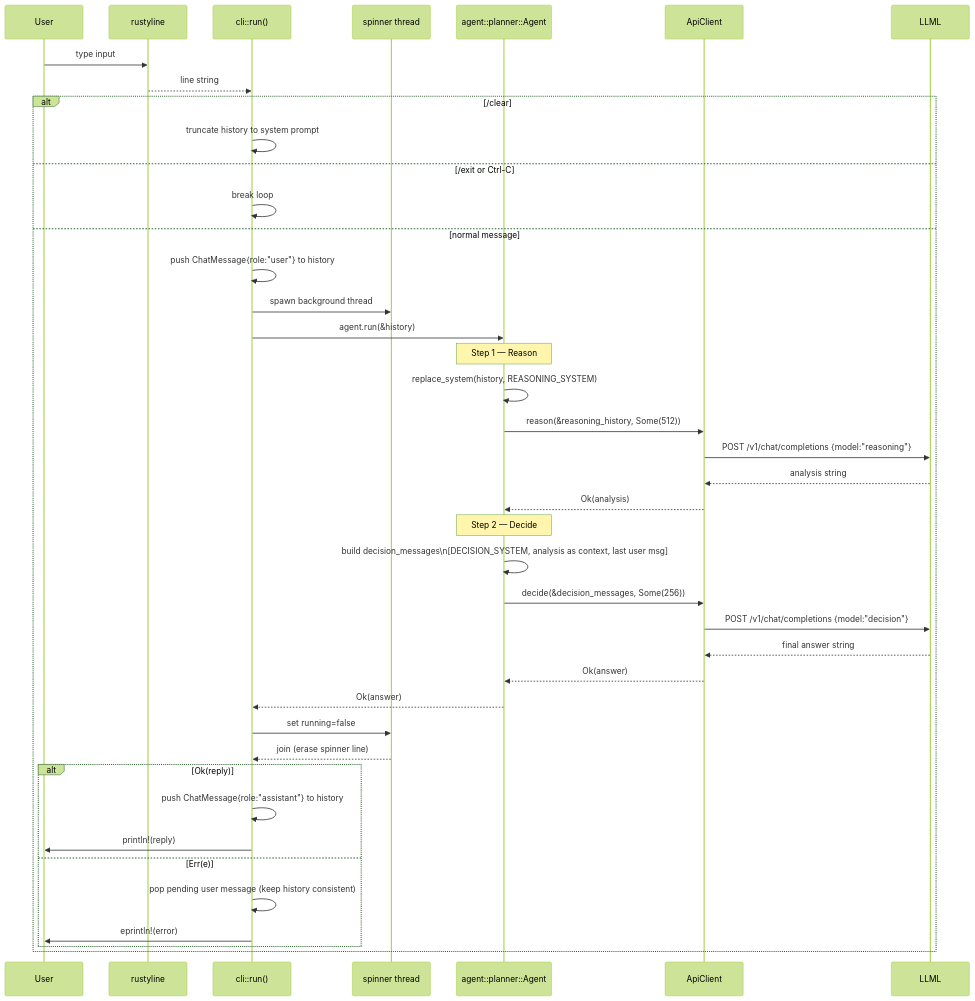
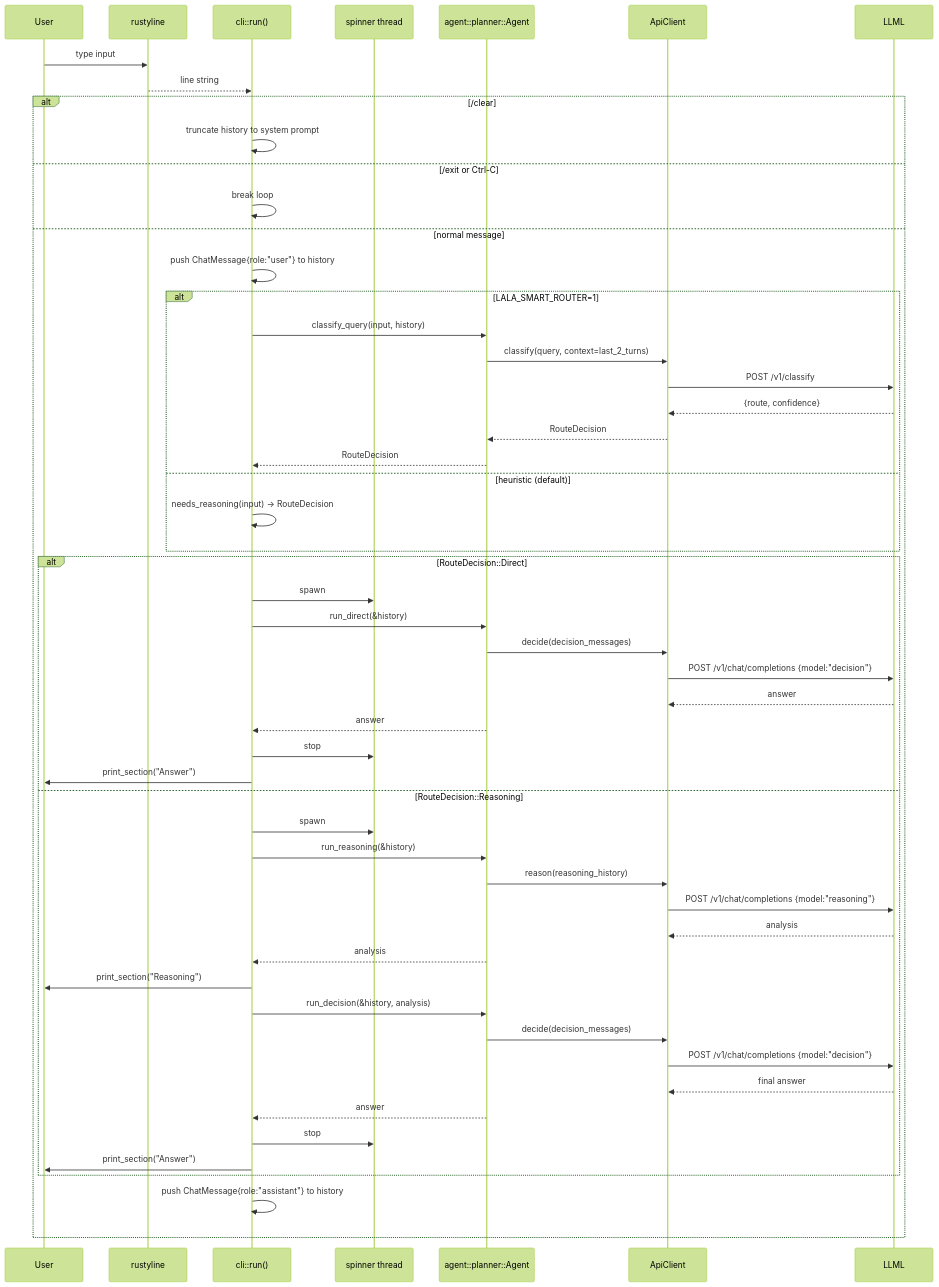
The second of 8 diagrams in doc/architecture.md (dipghoshraj/lala), drawn with Mermaid (forest theme) before and after one commit. The commit also changed other lines of this file and 4 other files, not shown here.

````diff
--- a/doc/architecture.md
+++ b/doc/architecture.md
@@ -111,48 +129,60 @@
 ```mermaid
 sequenceDiagram
     participant User
     participant rustyline
     participant cli as cli::run()
     participant spinner as spinner thread
     participant Agent as agent::planner::Agent
     participant ApiClient
 
     User->>rustyline: type input
     rustyline-->>cli: line string
 
     alt /clear
         cli->>cli: truncate history to system prompt
     else /exit or Ctrl-C
         cli->>cli: break loop
     else normal message
         cli->>cli: push ChatMessage{role:"user"} to history
-        cli->>spinner: spawn background thread
-        cli->>Agent: agent.run(&history)
 
-        note over Agent: Step 1 — Reason
-        Agent->>Agent: replace_system(history, REASONING_SYSTEM)
-        Agent->>ApiClient: reason(&reasoning_history, Some(512))
-        ApiClient->>LLML: POST /v1/chat/completions {model:"reasoning"}
-        LLML-->>ApiClient: analysis string
-        ApiClient-->>Agent: Ok(analysis)
+        alt LALA_SMART_ROUTER=1
+            cli->>Agent: classify_query(input, history)
+            Agent->>ApiClient: classify(query, context=last_2_turns)
+            ApiClient->>LLML: POST /v1/classify
+            LLML-->>ApiClient: {route, confidence}
+            ApiClient-->>Agent: RouteDecision
+            Agent-->>cli: RouteDecision
+        else heuristic (default)
+            cli->>cli: needs_reasoning(input) → RouteDecision
+        end
 
-        note over Agent: Step 2 — Decide
-        Agent->>Agent: build decision_messages\n[DECISION_SYSTEM, analysis as context, last user msg]
-        Agent->>ApiClient: decide(&decision_messages, Some(256))
-        ApiClient->>LLML: POST /v1/chat/completions {model:"decision"}
-        LLML-->>ApiClient: final answer string
-        ApiClient-->>Agent: Ok(answer)
-        Agent-->>cli: Ok(answer)
+        alt RouteDecision::Direct
+            cli->>spinner: spawn
+            cli->>Agent: run_direct(&history)
+            Agent->>ApiClient: decide(decision_messages)
+            ApiClient->>LLML: POST /v1/chat/completions {model:"decision"}
+            LLML-->>ApiClient: answer
+            Agent-->>cli: answer
+            cli->>spinner: stop
+            cli->>User: print_section("Answer")
+        else RouteDecision::Reasoning
+            cli->>spinner: spawn
+            cli->>Agent: run_reasoning(&history)
+            Agent->>ApiClient: reason(reasoning_history)
+            ApiClient->>LLML: POST /v1/chat/completions {model:"reasoning"}
+            LLML-->>ApiClient: analysis
+            Agent-->>cli: analysis
+            cli->>User: print_section("Reasoning")
 
-        cli->>spinner: set running=false
-        spinner-->>cli: join (erase spinner line)
+            cli->>Agent: run_decision(&history, analysis)
+            Agent->>ApiClient: decide(decision_messages)
+            ApiClient->>LLML: POST /v1/chat/completions {model:"decision"}
+            LLML-->>ApiClient: final answer
+            Agent-->>cli: answer
+            cli->>spinner: stop
+            cli->>User: print_section("Answer")
+        end
 
-        alt Ok(reply)
-            cli->>cli: push ChatMessage{role:"assistant"} to history
-            cli->>User: println!(reply)
-        else Err(e)
-            cli->>cli: pop pending user message (keep history consistent)
-            cli->>User: eprintln!(error)
-        end
+        cli->>cli: push ChatMessage{role:"assistant"} to history
     end
 ```
````
